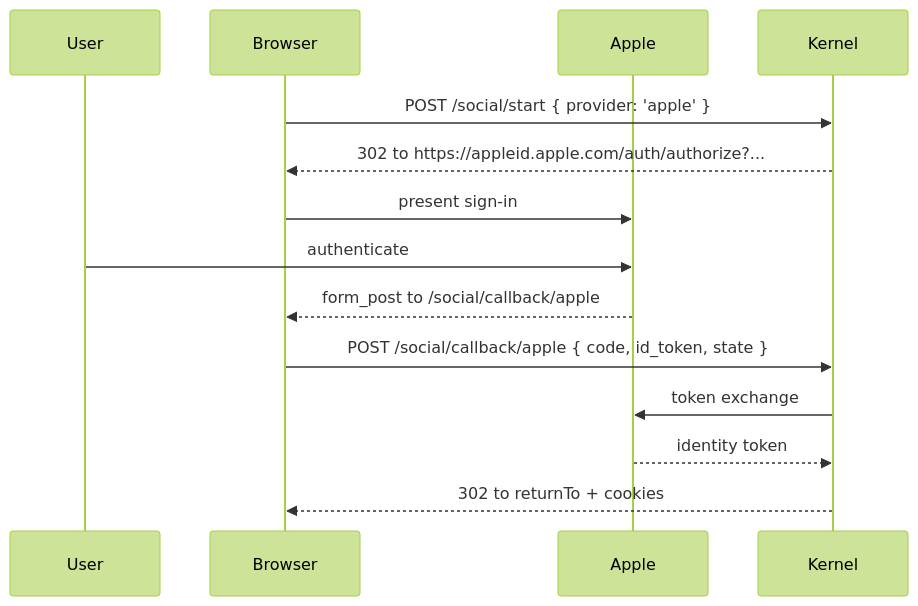
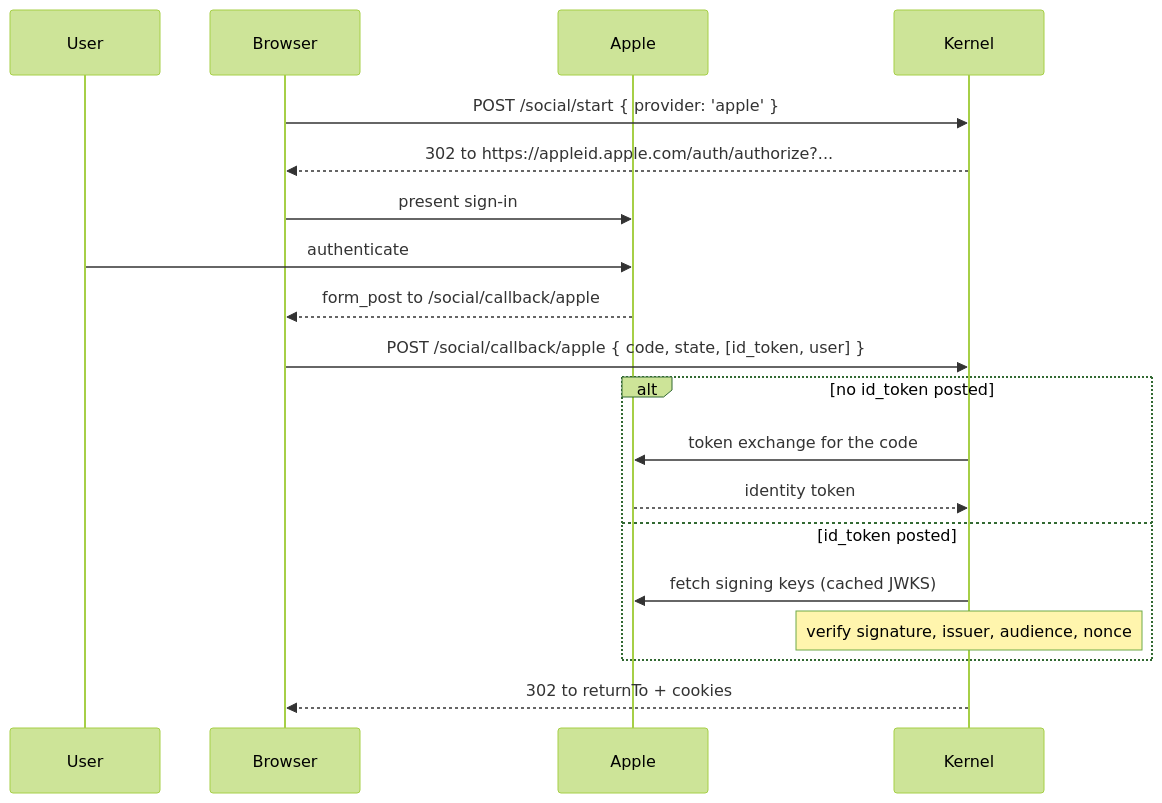
One commit to 21nCo/superfunctions changed the first of 2 diagrams in authfn/docs/content/docs/plugins/social-oauth/apple.md. Above: the diagram before and after it, drawn with Mermaid (forest theme). The commit also changed other lines of this file and 2 other files, not shown here.

Commit message:
test(authfn): code-exchange Apple sign-in leaves an email without email_verified unverified; docs match the three Apple paths
Entire-Checkpoint: 01M7Y04QQMRPZFHMRQ3SGRQS0P

````diff
--- a/authfn/docs/content/docs/plugins/social-oauth/apple.md
+++ b/authfn/docs/content/docs/plugins/social-oauth/apple.md
@@ -55,17 +55,22 @@
 ```mermaid
 sequenceDiagram
   participant User
   participant Browser
   participant Apple
   participant Kernel
 
   Browser->>Kernel: POST /social/start { provider: 'apple' }
   Kernel-->>Browser: 302 to https://appleid.apple.com/auth/authorize?...
   Browser->>Apple: present sign-in
   User->>Apple: authenticate
   Apple-->>Browser: form_post to /social/callback/apple
-  Browser->>Kernel: POST /social/callback/apple { code, id_token, state }
-  Kernel->>Apple: token exchange
-  Apple-->>Kernel: identity token
+  Browser->>Kernel: POST /social/callback/apple { code, state, [id_token, user] }
+  alt no id_token posted
+    Kernel->>Apple: token exchange for the code
+    Apple-->>Kernel: identity token
+  else id_token posted
+    Kernel->>Apple: fetch signing keys (cached JWKS)
+    Note over Kernel: verify signature, issuer, audience, nonce
+  end
   Kernel-->>Browser: 302 to returnTo + cookies
 ```
````
